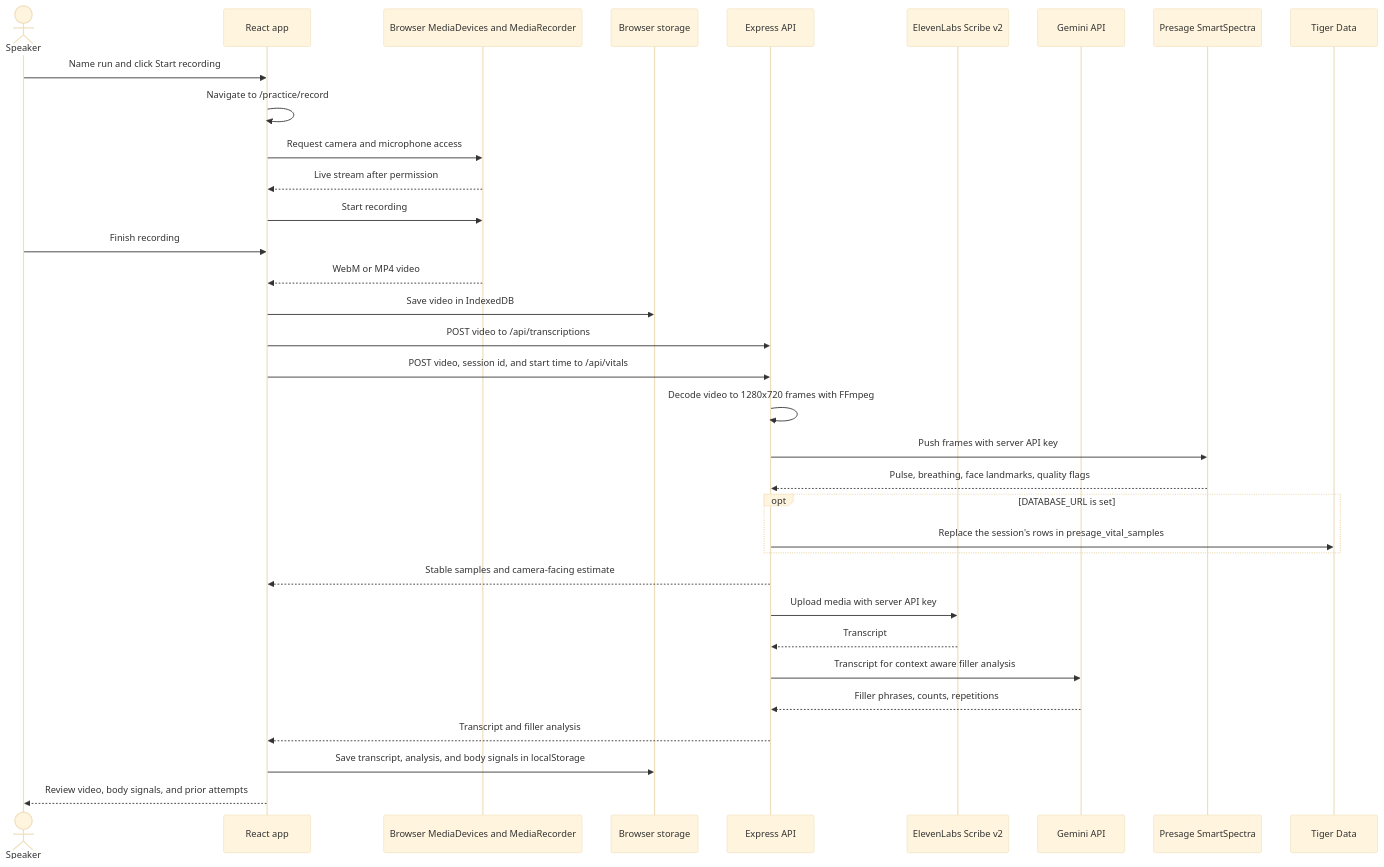
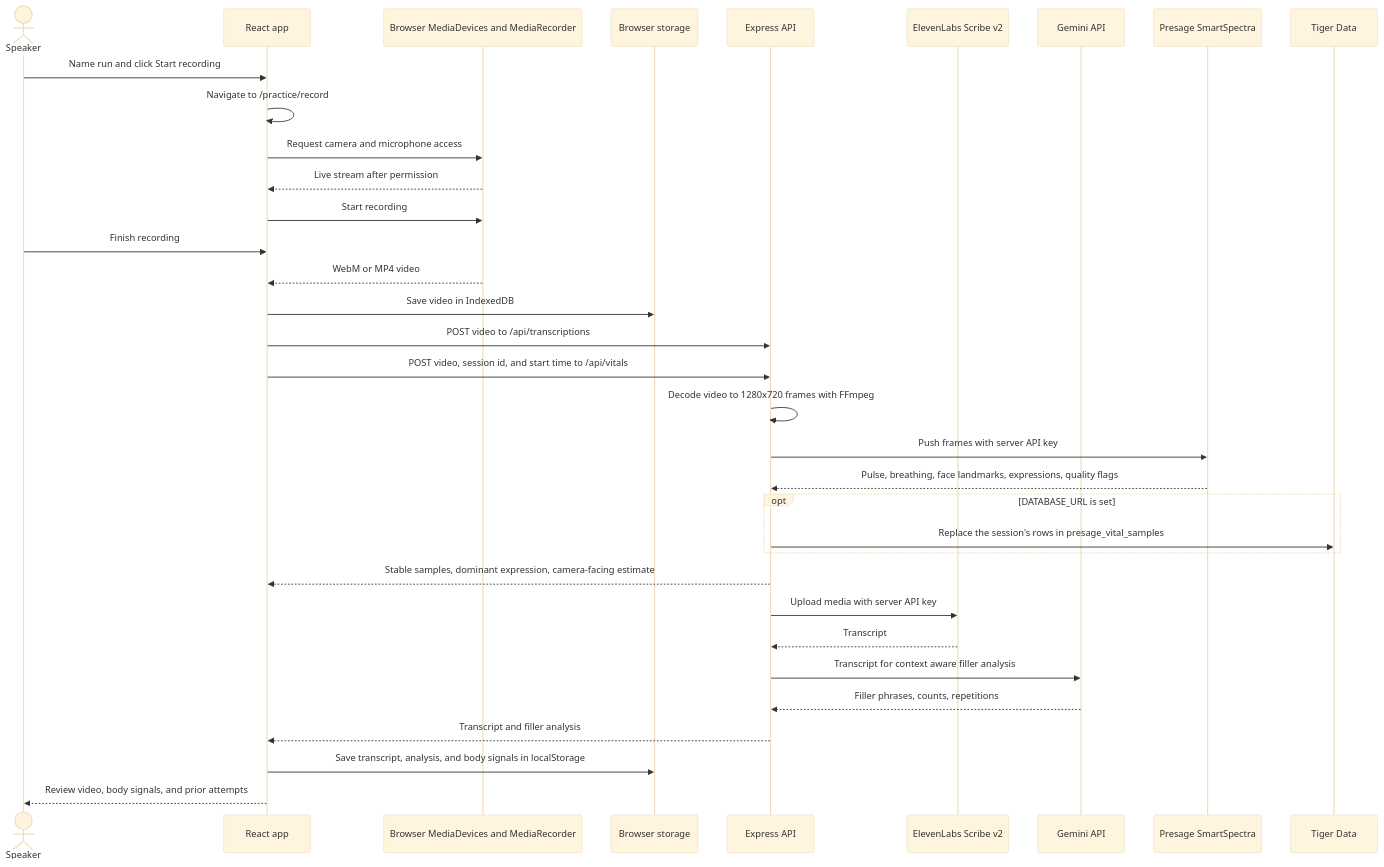
Before and after one commit to civ19/PepTalk: the diagram in README.md, drawn with Mermaid (base theme). The commit also changed other lines of this file and 12 other files, not shown here.

Commit message:
Add facial expressions and breathing check.

````diff
--- a/README.md
+++ b/README.md
@@ -46,36 +46,36 @@
 ```mermaid
 sequenceDiagram
     actor Speaker
     participant UI as React app
     participant Media as Browser MediaDevices and MediaRecorder
     participant Store as Browser storage
     participant API as Express API
     participant Eleven as ElevenLabs Scribe v2
     participant Gemini as Gemini API
     participant Presage as Presage SmartSpectra
     participant DB as Tiger Data
     Speaker->>UI: Name run and click Start recording
     UI->>UI: Navigate to /practice/record
     UI->>Media: Request camera and microphone access
     Media-->>UI: Live stream after permission
     UI->>Media: Start recording
     Speaker->>UI: Finish recording
     Media-->>UI: WebM or MP4 video
     UI->>Store: Save video in IndexedDB
     UI->>API: POST video to /api/transcriptions
     UI->>API: POST video, session id, and start time to /api/vitals
     API->>API: Decode video to 1280x720 frames with FFmpeg
     API->>Presage: Push frames with server API key
-    Presage-->>API: Pulse, breathing, face landmarks, quality flags
+    Presage-->>API: Pulse, breathing, face landmarks, expressions, quality flags
     opt DATABASE_URL is set
         API->>DB: Replace the session's rows in presage_vital_samples
     end
-    API-->>UI: Stable samples and camera-facing estimate
+    API-->>UI: Stable samples, dominant expression, camera-facing estimate
     API->>Eleven: Upload media with server API key
     Eleven-->>API: Transcript
     API->>Gemini: Transcript for context aware filler analysis
     Gemini-->>API: Filler phrases, counts, repetitions
     API-->>UI: Transcript and filler analysis
     UI->>Store: Save transcript, analysis, and body signals in localStorage
     UI-->>Speaker: Review video, body signals, and prior attempts
 ```
````
